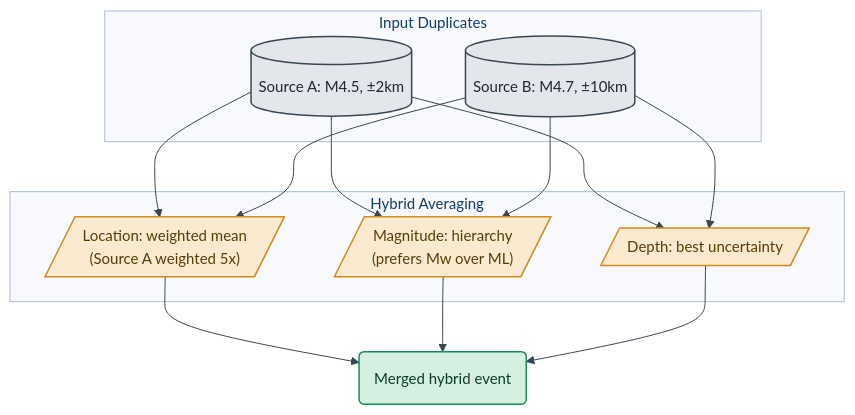
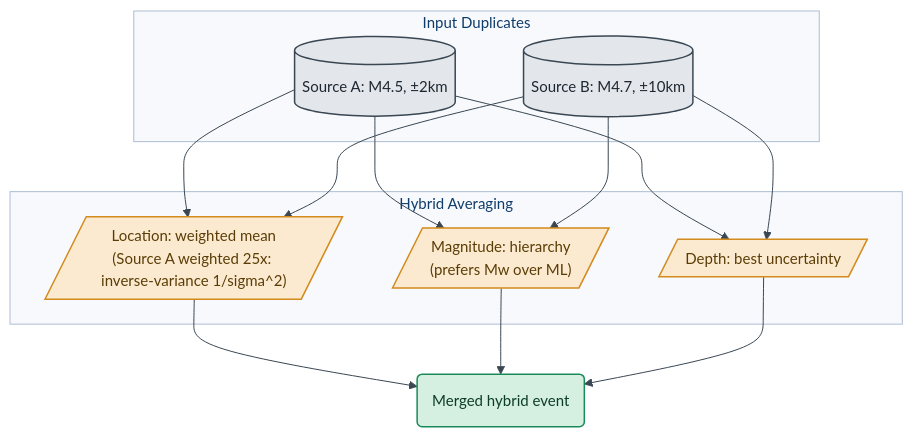
One commit to KennyGraham1/catalogofcatalogs changed the fourth of 5 diagrams in docs/source/user-guide/merging-catalogues.rst. Above: the diagram before and after it, drawn with Mermaid. The commit also changed other lines of this file and 396 other files, not shown here.

```diff
--- a/docs/source/user-guide/merging-catalogues.rst
+++ b/docs/source/user-guide/merging-catalogues.rst
@@ -308,39 +348,39 @@
 .. mermaid::
    :align: center
 
    %%{init: {"theme":"base","themeVariables":{"fontFamily":"Inter, \"Helvetica Neue\", Arial, sans-serif","fontSize":"15px","lineColor":"#3A4753","primaryColor":"#D6E4F5","primaryBorderColor":"#1B5FA8","primaryTextColor":"#0B2B4A","secondaryColor":"#CFEAE6","tertiaryColor":"#FBEAD2","mainBkg":"#D6E4F5","nodeBorder":"#1B5FA8","clusterBkg":"#F7F9FC","clusterBorder":"#AEBED2","titleColor":"#0F3D6B","edgeLabelBackground":"#FFFFFF"}}}%%
    flowchart TD
        subgraph Sources ["Input Duplicates"]
            S1[("Source A: M4.5, ±2km")]
            S2[("Source B: M4.7, ±10km")]
        end
 
        subgraph Processing ["Hybrid Averaging"]
-           Loc[/"Location: weighted mean<br/>(Source A weighted 5x)"/]
+           Loc[/"Location: weighted mean<br/>(Source A weighted 25x: inverse-variance 1/sigma^2)"/]
            Mag[/"Magnitude: hierarchy<br/>(prefers Mw over ML)"/]
            Dep[/"Depth: best uncertainty"/]
        end
 
        Result("Merged hybrid event")
 
        S1 & S2 --> Loc & Mag & Dep
        Loc & Mag & Dep --> Result
 
        style Sources fill:#F7F9FC,stroke:#AEBED2,stroke-width:1px,color:#0F3D6B
        style Processing fill:#F7F9FC,stroke:#AEBED2,stroke-width:1px,color:#0F3D6B
 
        class S1,S2 datastore
        class Loc,Mag,Dep process
        class Result success
 
        classDef userAction fill:#E8EEF6,stroke:#0F3D6B,stroke-width:1.5px,color:#0B2B4A
        classDef frontend fill:#D6E4F5,stroke:#1B5FA8,stroke-width:1.5px,color:#0B2B4A
        classDef backend fill:#CFEAE6,stroke:#0E7C72,stroke-width:1.5px,color:#08423D
        classDef library fill:#FBEAD2,stroke:#9C6A12,stroke-width:1.5px,color:#5A3D06
        classDef datastore fill:#E3E7EB,stroke:#3A4753,stroke-width:1.5px,color:#1E2731
        classDef external fill:#EFDDEC,stroke:#8E3A82,stroke-width:1.5px,color:#4A1C43,stroke-dasharray:4 3
        classDef process fill:#FCEAD0,stroke:#D38B1E,stroke-width:1.5px,color:#5A3D06
        classDef decision fill:#FFF3CC,stroke:#B8860B,stroke-width:1.5px,color:#5A4500
        classDef success fill:#D5EFE0,stroke:#1B8A5A,stroke-width:1.5px,color:#0B3D27
        classDef warning fill:#FBE0DA,stroke:#C24A2B,stroke-width:1.5px,color:#5E1C0C
        classDef terminal fill:#1F2D3D,stroke:#0B1622,stroke-width:1.5px,color:#FFFFFF
```
